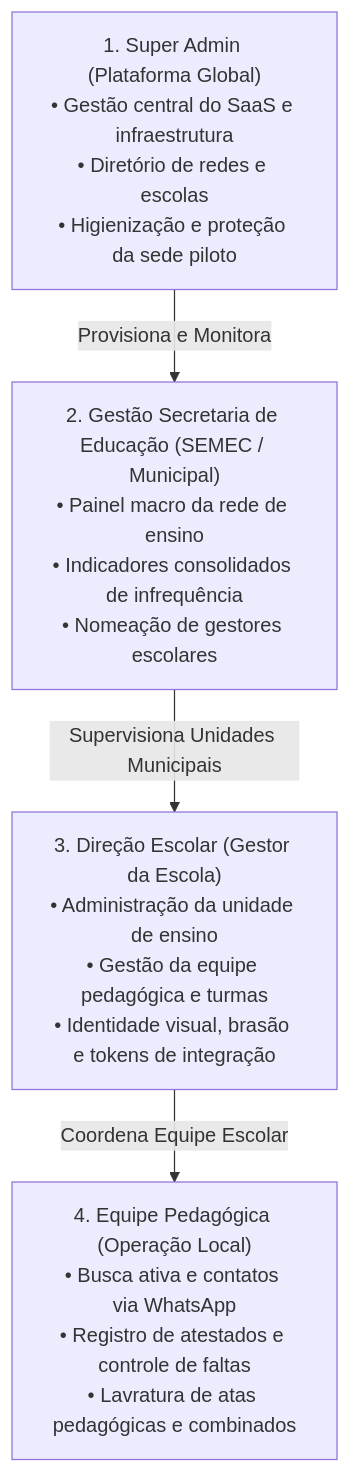
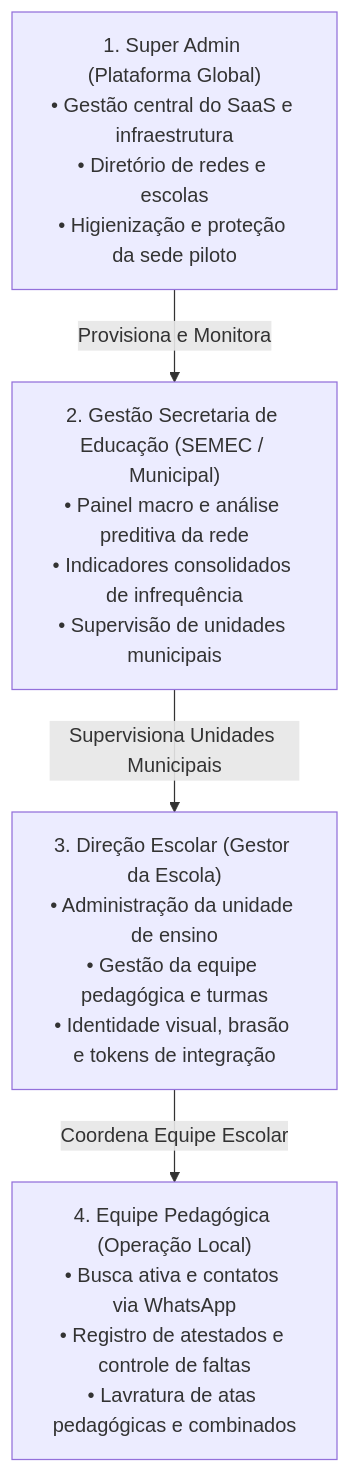
The diagram in README.md (MarcosWrobel/rede-ativa), drawn with Mermaid before and after one commit. The commit also changed other lines of this file and 82 other files, not shown here.

Commit message:
feat(sprint-14): conclui roadmap futuro com CI, rate limiting, PDF/A-1b, storage multi-driver e escala

````diff
--- a/README.md
+++ b/README.md
@@ -28,11 +28,11 @@
 ```mermaid
 flowchart TD
     L1["1. Super Admin (Plataforma Global)<br>• Gestão central do SaaS e infraestrutura<br>• Diretório de redes e escolas<br>• Higienização e proteção da sede piloto"]
-    L2["2. Gestão Secretaria de Educação (SEMEC / Municipal)<br>• Painel macro da rede de ensino<br>• Indicadores consolidados de infrequência<br>• Nomeação de gestores escolares"]
+    L2["2. Gestão Secretaria de Educação (SEMEC / Municipal)<br>• Painel macro e análise preditiva da rede<br>• Indicadores consolidados de infrequência<br>• Supervisão de unidades municipais"]
     L3["3. Direção Escolar (Gestor da Escola)<br>• Administração da unidade de ensino<br>• Gestão da equipe pedagógica e turmas<br>• Identidade visual, brasão e tokens de integração"]
     L4["4. Equipe Pedagógica (Operação Local)<br>• Busca ativa e contatos via WhatsApp<br>• Registro de atestados e controle de faltas<br>• Lavratura de atas pedagógicas e combinados"]
 
     L1 -->|Provisiona e Monitora| L2
     L2 -->|Supervisiona Unidades Municipais| L3
     L3 -->|Coordena Equipe Escolar| L4
 ```
````
